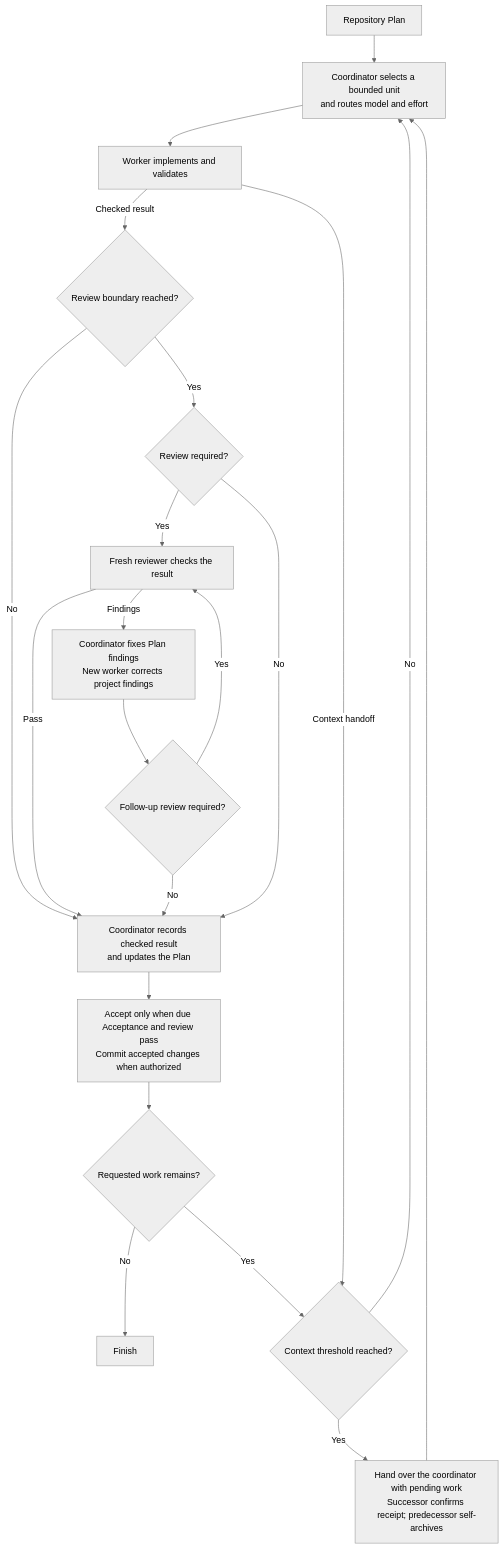
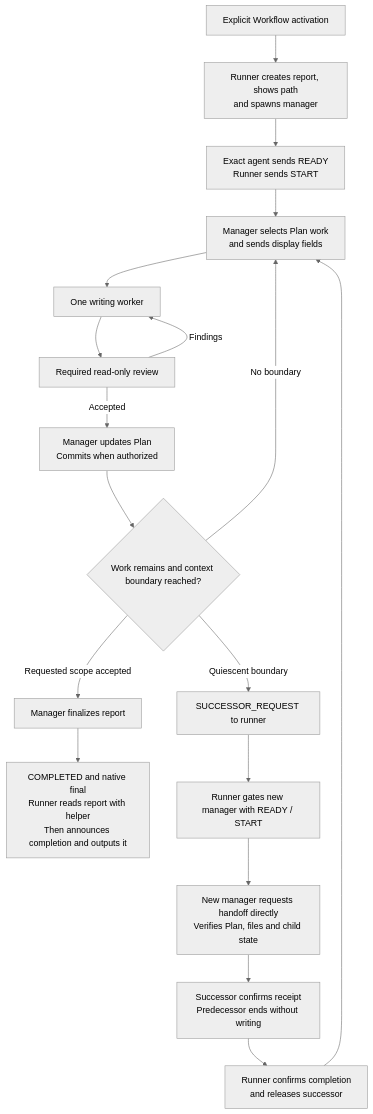
Before and after one commit to benjaminstelzer/scoville-suite-for-codex: the diagram in README.md, drawn with Mermaid (neutral theme). The commit also changed other lines of this file and 229 other files, not shown here.

````diff
--- a/README.md
+++ b/README.md
@@ -110,23 +111,20 @@
 ```mermaid
 flowchart TD
-    P["Repository Plan"] --> C["Coordinator selects a bounded unit<br/>and routes model and effort"]
-    C --> W["Worker implements and validates"]
-    W -->|Checked result| B{"Review boundary reached?"}
-    W -->|Context handoff| T
-    B -->|No| A
-    B -->|Yes| G{"Review required?"}
-    G -->|Yes| R["Fresh reviewer checks the result"]
-    G -->|No| A["Coordinator records checked result<br/>and updates the Plan"]
-    R -->|Pass| A
-    R -->|Findings| F["Coordinator fixes Plan findings<br/>New worker corrects project findings"]
-    F --> Q{"Follow-up review required?"}
-    Q -->|Yes| R
-    Q -->|No| A
-    A --> E["Accept only when due Acceptance and review pass<br/>Commit accepted changes when authorized"]
-    E --> N{"Requested work remains?"}
-    N -->|No| D["Finish"]
-    N -->|Yes| T{"Context threshold reached?"}
-    T -->|No| C
-    T -->|Yes| H["Hand over the coordinator with pending work<br/>Successor confirms receipt; predecessor self-archives"]
-    H --> C
+    U["Explicit Workflow activation"] --> R["Runner creates report, shows path<br/>and spawns manager"]
+    R --> G["Exact agent sends READY<br/>Runner sends START"]
+    G --> M["Manager selects Plan work<br/>and sends display fields"]
+    M --> W["One writing worker"]
+    W --> V["Required read-only review"]
+    V -->|Findings| W
+    V -->|Accepted| P["Manager updates Plan<br/>Commits when authorized"]
+    P --> B{"Work remains and context boundary reached?"}
+    B -->|No boundary| M
+    B -->|Requested scope accepted| F["Manager finalizes report"]
+    F --> D["COMPLETED and native final<br/>Runner reads report with helper<br/>Then announces completion and outputs it"]
+    B -->|Quiescent boundary| S["SUCCESSOR_REQUEST to runner"]
+    S --> N["Runner gates new manager with READY / START"]
+    N --> H["New manager requests handoff directly<br/>Verifies Plan, files and child state"]
+    H --> A["Successor confirms receipt<br/>Predecessor ends without writing"]
+    A --> T["Runner confirms completion<br/>and releases successor"]
+    T --> M
 ```
````
